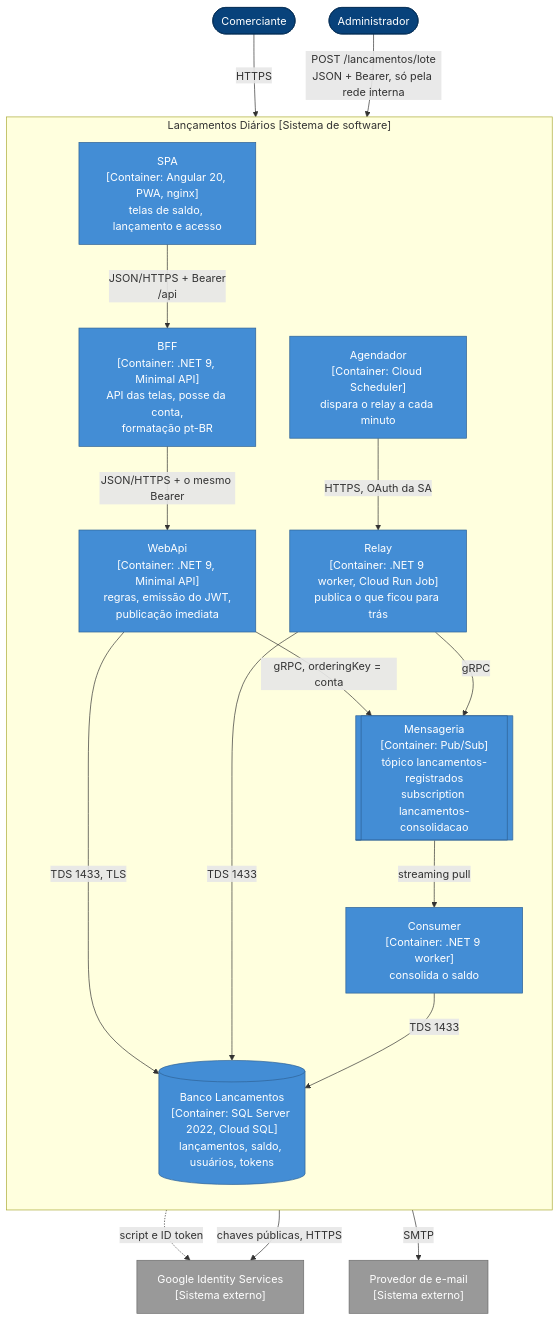
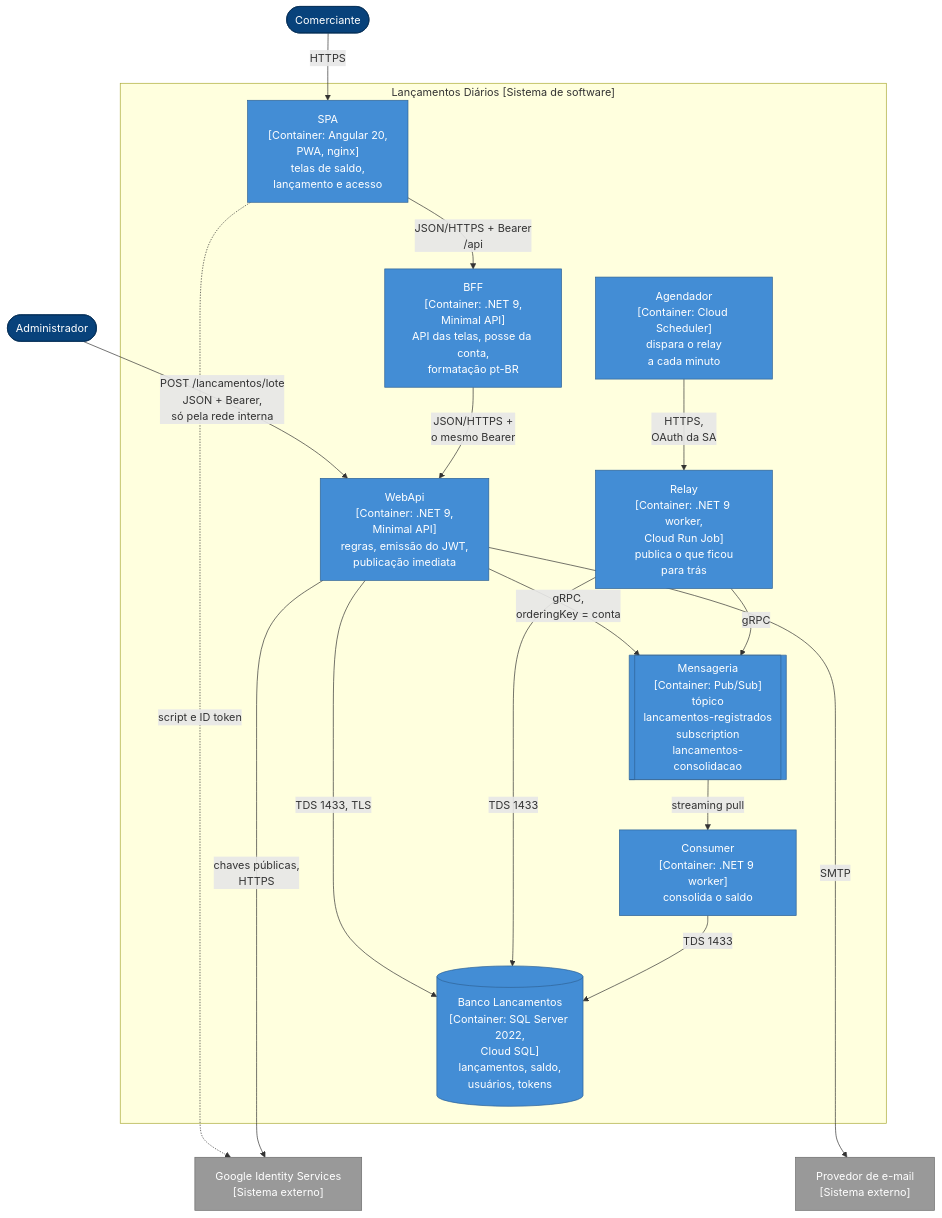
The third of 3 diagrams in docs/arquitetura/solucao/02-c4-contexto-e-containers.md (michellerodrigues/lancamentos-diarios-poc), drawn with Mermaid before and after one commit. The commit also changed other lines of this file and 45 other files, not shown here.

````diff
--- a/docs/arquitetura/solucao/02-c4-contexto-e-containers.md
+++ b/docs/arquitetura/solucao/02-c4-contexto-e-containers.md
@@ -54,42 +75,43 @@
 ```mermaid
 flowchart TB
     cliente(["Comerciante"])
     admin(["Administrador"])
 
     subgraph sistema["Lançamentos Diários [Sistema de software]"]
-        direction TB
-        spa["SPA<br/>[Container: Angular 20, PWA, nginx]<br/>telas de saldo, lançamento e acesso"]
-        bff["BFF<br/>[Container: .NET 9, Minimal API]<br/>API das telas, posse da conta,<br/>formatação pt-BR"]
-        webapi["WebApi<br/>[Container: .NET 9, Minimal API]<br/>regras, emissão do JWT,<br/>publicação imediata"]
-        sched["Agendador<br/>[Container: Cloud Scheduler]<br/>dispara o relay a cada minuto"]
-        relay["Relay<br/>[Container: .NET 9 worker, Cloud Run Job]<br/>publica o que ficou para trás"]
-        ps[["Mensageria<br/>[Container: Pub/Sub]<br/>tópico lancamentos-registrados<br/>subscription lancamentos-consolidacao"]]
+        spa["SPA<br/>[Container: Angular 20,<br/>PWA, nginx]<br/>telas de saldo,<br/>lançamento e acesso"]
+        bff["BFF<br/>[Container: .NET 9,<br/>Minimal API]<br/>API das telas, posse da conta,<br/>formatação pt-BR"]
+        webapi["WebApi<br/>[Container: .NET 9,<br/>Minimal API]<br/>regras, emissão do JWT,<br/>publicação imediata"]
+        sched["Agendador<br/>[Container: Cloud Scheduler]<br/>dispara o relay<br/>a cada minuto"]
+        relay["Relay<br/>[Container: .NET 9 worker,<br/>Cloud Run Job]<br/>publica o que ficou<br/>para trás"]
+        ps[["Mensageria<br/>[Container: Pub/Sub]<br/>tópico<br/>lancamentos-registrados<br/>subscription<br/>lancamentos-consolidacao"]]
         consumer["Consumer<br/>[Container: .NET 9 worker]<br/>consolida o saldo"]
-        db[("Banco Lancamentos<br/>[Container: SQL Server 2022, Cloud SQL]<br/>lançamentos, saldo, usuários, tokens")]
+        db[("Banco Lancamentos<br/>[Container: SQL Server 2022,<br/>Cloud SQL]<br/>lançamentos, saldo,<br/>usuários, tokens")]
     end
 
     google["Google Identity Services<br/>[Sistema externo]"]
     smtp["Provedor de e-mail<br/>[Sistema externo]"]
 
     cliente -->|"HTTPS"| spa
     spa -->|"JSON/HTTPS + Bearer<br/>/api"| bff
-    admin -->|"POST /lancamentos/lote<br/>JSON + Bearer, só pela rede interna"| webapi
-    bff -->|"JSON/HTTPS + o mesmo Bearer"| webapi
+    admin -->|"POST /lancamentos/lote<br/>JSON + Bearer,<br/>só pela rede interna"| webapi
+    bff -->|"JSON/HTTPS +<br/>o mesmo Bearer"| webapi
     webapi -->|"TDS 1433, TLS"| db
-    webapi -->|"gRPC, orderingKey = conta"| ps
-    sched -->|"HTTPS, OAuth da SA"| relay
+    webapi -->|"gRPC,<br/>orderingKey = conta"| ps
+    sched -->|"HTTPS,<br/>OAuth da SA"| relay
     relay -->|"TDS 1433"| db
     relay -->|"gRPC"| ps
     ps -->|"streaming pull"| consumer
     consumer -->|"TDS 1433"| db
     spa -.->|"script e ID token"| google
-    webapi -->|"chaves públicas, HTTPS"| google
+    webapi -->|"chaves públicas,<br/>HTTPS"| google
     webapi -->|"SMTP"| smtp
+    db ~~~ google
+    db ~~~ smtp
 
     classDef pessoa fill:#08427b,stroke:#052e56,color:#ffffff
     classDef container fill:#438dd5,stroke:#2e6295,color:#ffffff
     classDef externo fill:#999999,stroke:#6b6b6b,color:#ffffff
     class cliente,admin pessoa
     class spa,bff,webapi,sched,relay,ps,consumer,db container
     class google,smtp externo
 ```
````
